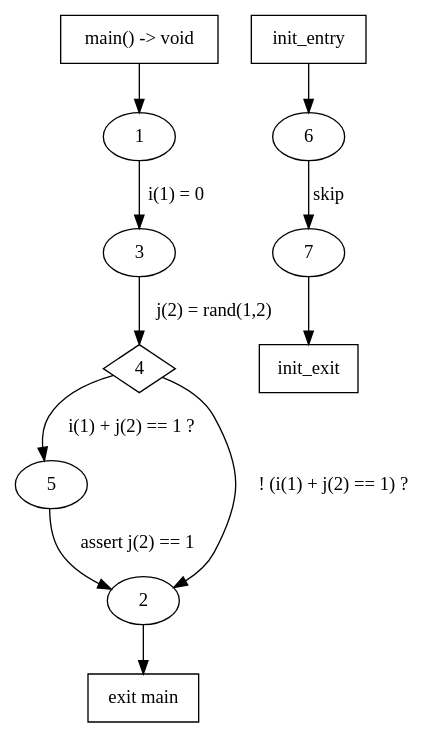
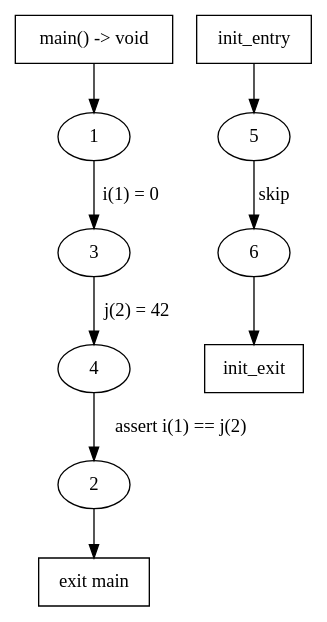
The diagram in cfg.dot (JeanCASPAR/semverif), drawn with Graphviz before and after one commit. The commit also changed 1 other file, not shown here.

```diff
--- a/cfg.dot
+++ b/cfg.dot
@@ -1,16 +1,14 @@
 digraph CFG {
  1 -> 3 [label="i(1) = 0"];
- 3 -> 4 [label="j(2) = rand(1,2)"];
- 4 -> 5 [label="i(1) + j(2) == 1 ?"];
- 4 -> 2 [label="! (i(1) + j(2) == 1) ?"];
- 5 -> 2 [label="assert j(2) == 1"];
- 6 -> 7 [label="skip"];
-  4 [shape=diamond];  entry_main [shape=box,label="main() -> void"];
+ 3 -> 4 [label="j(2) = 42"];
+ 4 -> 2 [label="assert i(1) == j(2)"];
+ 5 -> 6 [label="skip"];
+  entry_main [shape=box,label="main() -> void"];
   exit_main [shape=box,label="exit main"];
   entry_main -> 1;
   2 -> exit_main;
   init_entry [shape=box];
   init_exit [shape=box];
-  init_entry -> 6;
-  7 -> init_exit;
+  init_entry -> 5;
+  6 -> init_exit;
 }
```
